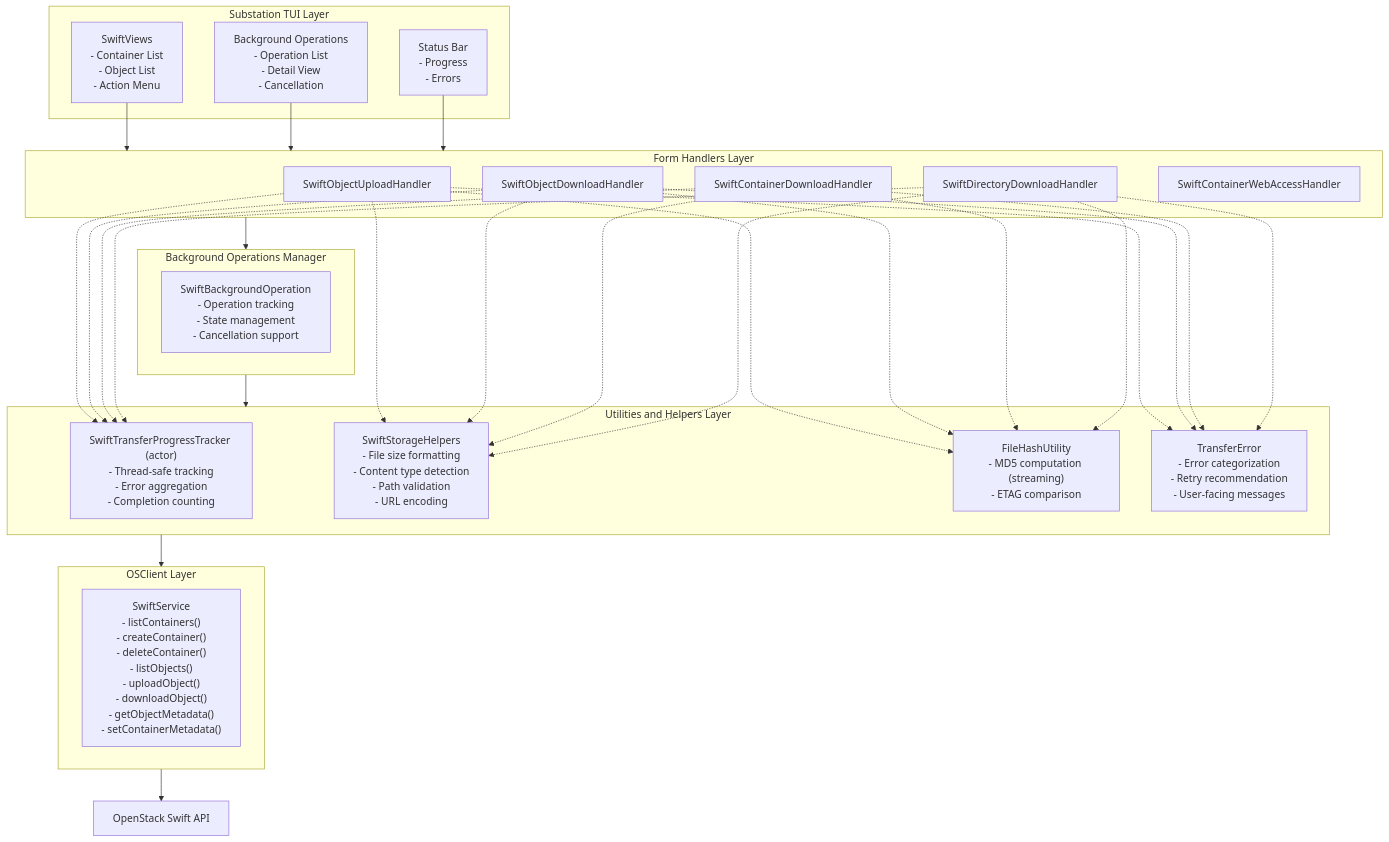
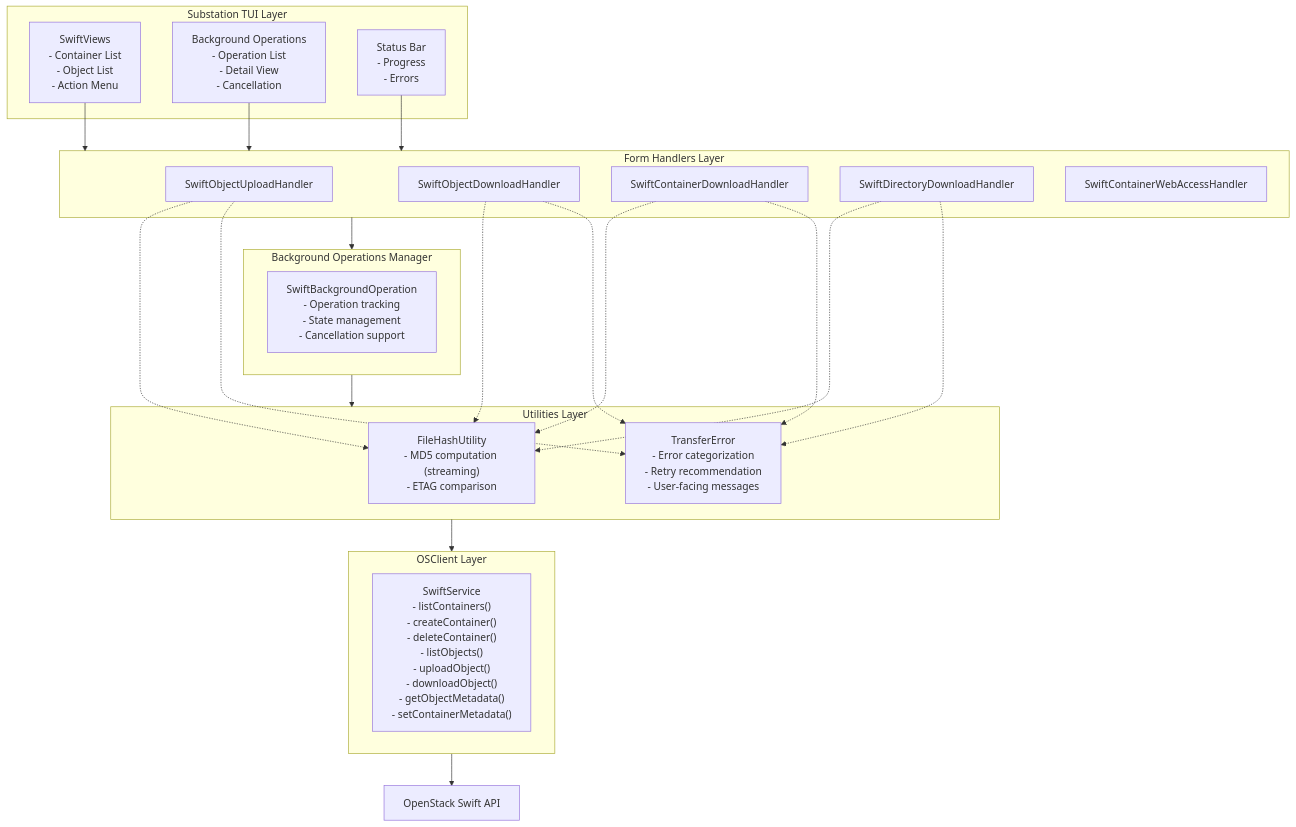
The first of 6 diagrams in docs/architecture/object-storage.md (bluejayA/substation), drawn with Mermaid before and after one commit. The commit also changed other lines of this file and 51 other files, not shown here.

````diff
--- a/docs/architecture/object-storage.md
+++ b/docs/architecture/object-storage.md
@@ -9,62 +9,50 @@
 ```mermaid
 graph TB
     subgraph TUI["Substation TUI Layer"]
         Views["SwiftViews<br/>- Container List<br/>- Object List<br/>- Action Menu"]
         BgOps["Background Operations<br/>- Operation List<br/>- Detail View<br/>- Cancellation"]
         Status["Status Bar<br/>- Progress<br/>- Errors"]
     end
 
     subgraph Handlers["Form Handlers Layer"]
         Upload["SwiftObjectUploadHandler"]
         Download["SwiftObjectDownloadHandler"]
         Container["SwiftContainerDownloadHandler"]
         Directory["SwiftDirectoryDownloadHandler"]
         WebAccess["SwiftContainerWebAccessHandler"]
     end
 
     subgraph BgMgr["Background Operations Manager"]
         BgModel["SwiftBackgroundOperation<br/>- Operation tracking<br/>- State management<br/>- Cancellation support"]
     end
 
-    subgraph Utilities["Utilities and Helpers Layer"]
-        Progress["SwiftTransferProgressTracker (actor)<br/>- Thread-safe tracking<br/>- Error aggregation<br/>- Completion counting"]
-        Helpers["SwiftStorageHelpers<br/>- File size formatting<br/>- Content type detection<br/>- Path validation<br/>- URL encoding"]
+    subgraph Utilities["Utilities Layer"]
         Hash["FileHashUtility<br/>- MD5 computation (streaming)<br/>- ETAG comparison"]
         Error["TransferError<br/>- Error categorization<br/>- Retry recommendation<br/>- User-facing messages"]
     end
 
     subgraph OSClient["OSClient Layer"]
         Swift["SwiftService<br/>- listContainers()<br/>- createContainer()<br/>- deleteContainer()<br/>- listObjects()<br/>- uploadObject()<br/>- downloadObject()<br/>- getObjectMetadata()<br/>- setContainerMetadata()"]
     end
 
     API["OpenStack Swift API"]
 
     Views --> Handlers
     BgOps --> Handlers
     Status --> Handlers
 
     Handlers --> BgMgr
     BgMgr --> Utilities
     Utilities --> OSClient
     OSClient --> API
 
-    Upload -.-> Progress
-    Download -.-> Progress
-    Container -.-> Progress
-    Directory -.-> Progress
-
-    Upload -.-> Helpers
-    Download -.-> Helpers
-    Container -.-> Helpers
-    Directory -.-> Helpers
-
     Upload -.-> Hash
     Download -.-> Hash
     Container -.-> Hash
     Directory -.-> Hash
 
     Upload -.-> Error
     Download -.-> Error
     Container -.-> Error
     Directory -.-> Error
 ```
````
